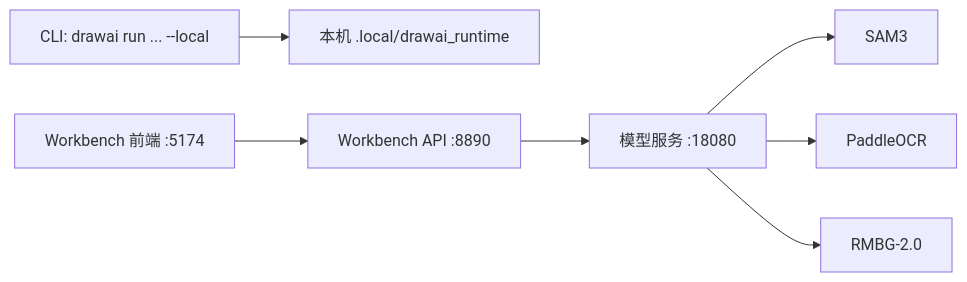
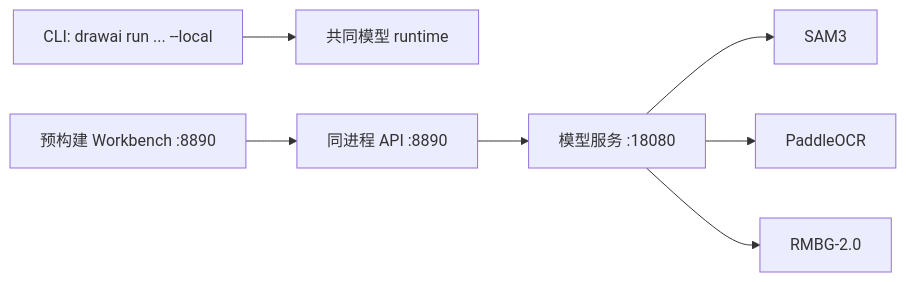
One commit to Renaissance-Mind/DrawAI changed the diagram in docs/zh-CN/runtime-options.md. Above: the diagram before and after it, drawn with Mermaid. The commit also changed other lines of this file and 96 other files, not shown here.

Commit message:
feat(install): unify session, workbench and CLI runtime

````diff
--- a/docs/zh-CN/runtime-options.md
+++ b/docs/zh-CN/runtime-options.md
@@ -7,9 +7,9 @@
 ```mermaid
 flowchart LR
-  CLI["CLI: drawai run ... --local"] --> LocalRuntime["本机 .local/drawai_runtime"]
-  Frontend["Workbench 前端 :5174"] --> API["Workbench API :8890"]
+  CLI["CLI: drawai run ... --local"] --> LocalRuntime["共同模型 runtime"]
+  Frontend["预构建 Workbench :8890"] --> API["同进程 API :8890"]
   API --> ModelService["模型服务 :18080"]
   ModelService --> SAM3["SAM3"]
   ModelService --> OCR["PaddleOCR"]
   ModelService --> RMBG["RMBG-2.0"]
 ```
````
